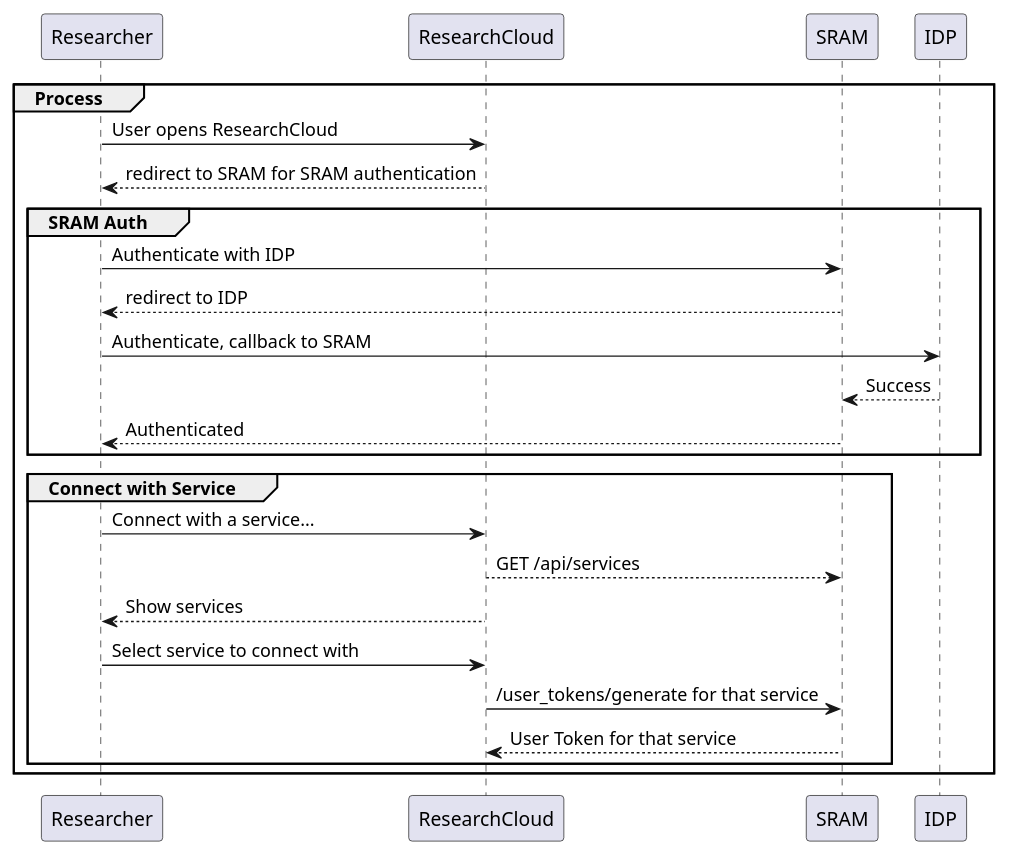
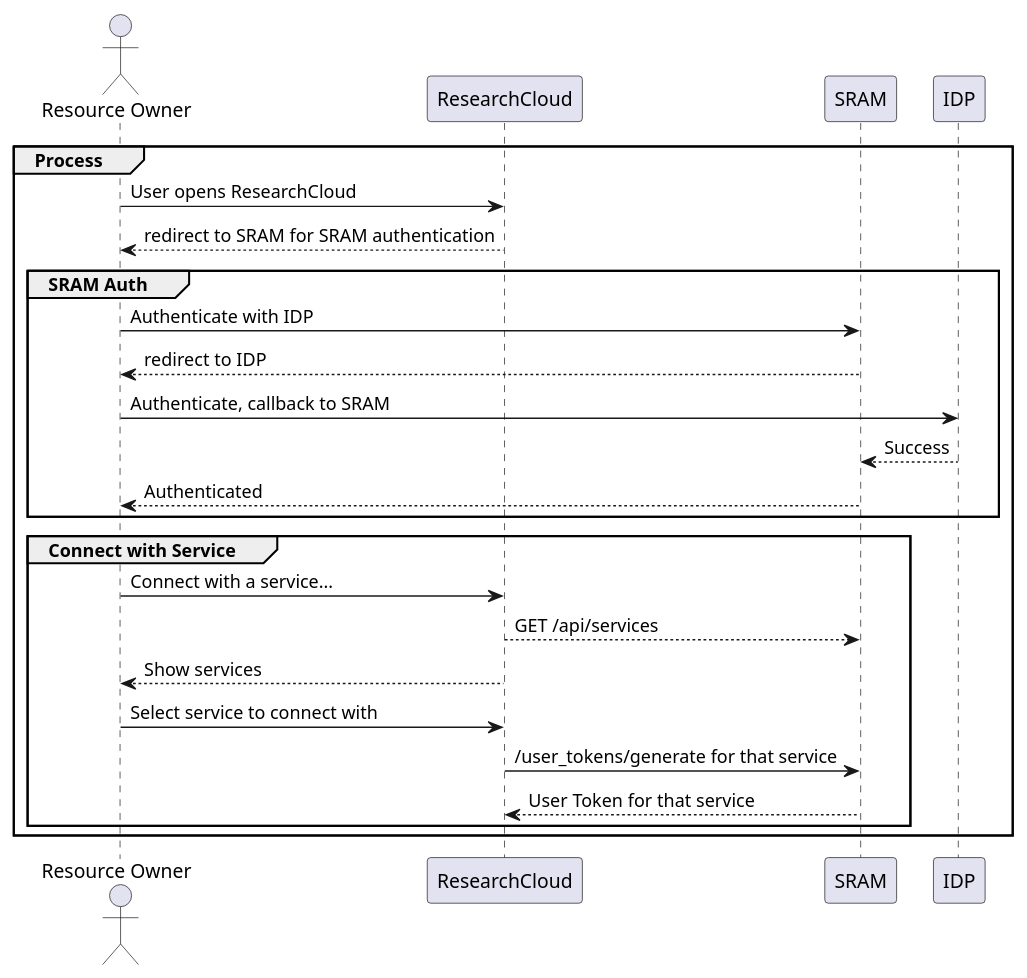
One commit to HarryKodden/SRAM-Token-Service changed the diagram in assets/delegated_access/option_2/option_2a.iuml. Above: the diagram before and after it, drawn with PlantUML.

```diff
--- a/assets/delegated_access/option_2/option_2a.iuml
+++ b/assets/delegated_access/option_2/option_2a.iuml
@@ -1,21 +1,22 @@
 @startuml
+actor Researcher as "Resource Owner"
 group Process
 Researcher -> ResearchCloud: User opens ResearchCloud
 Researcher <-- ResearchCloud: redirect to SRAM for SRAM authentication
 group SRAM Auth
 Researcher -> SRAM: Authenticate with IDP
 Researcher <-- SRAM: redirect to IDP
 Researcher -> IDP: Authenticate, callback to SRAM
 IDP --> SRAM : Success
 Researcher <-- SRAM: Authenticated
 end
 group Connect with Service
 Researcher -> ResearchCloud: Connect with a service...
 ResearchCloud --> SRAM: GET /api/services
 Researcher <-- ResearchCloud: Show services
 Researcher -> ResearchCloud: Select service to connect with
 ResearchCloud -> SRAM: /user_tokens/generate for that service
 ResearchCloud <-- SRAM: User Token for that service
 end
 end
 @enduml
```
